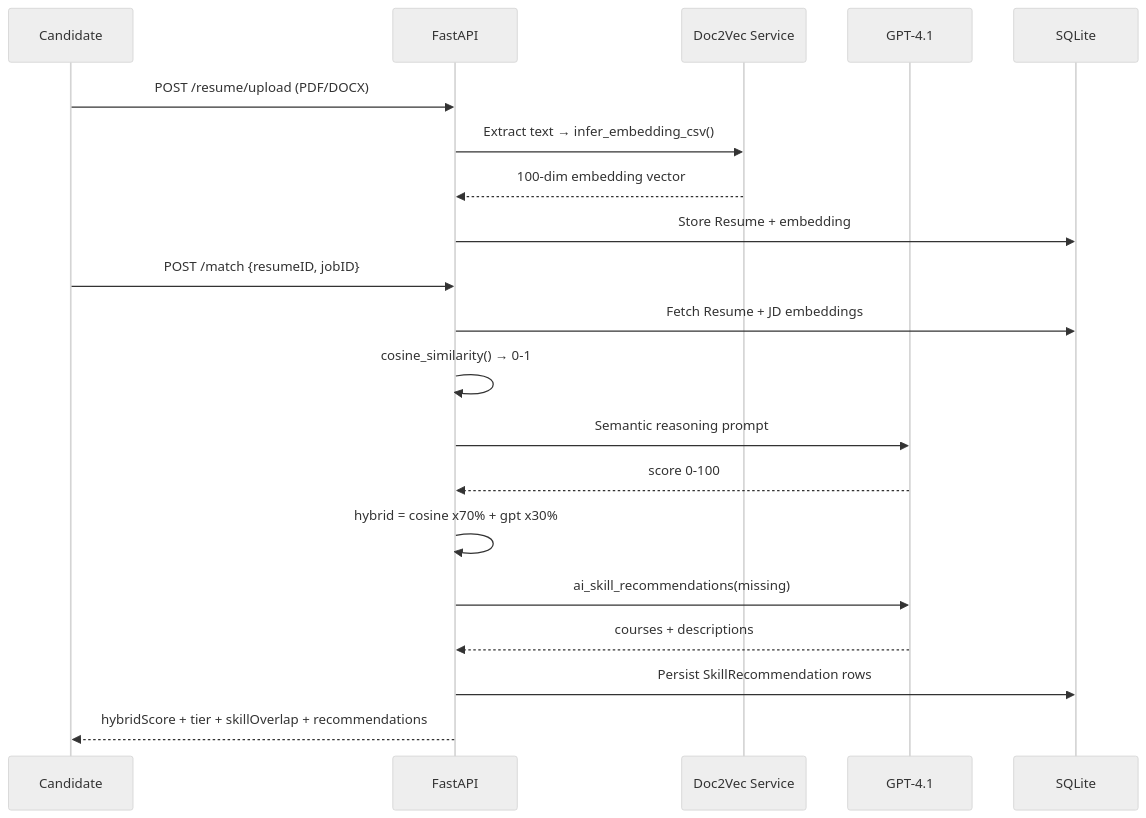
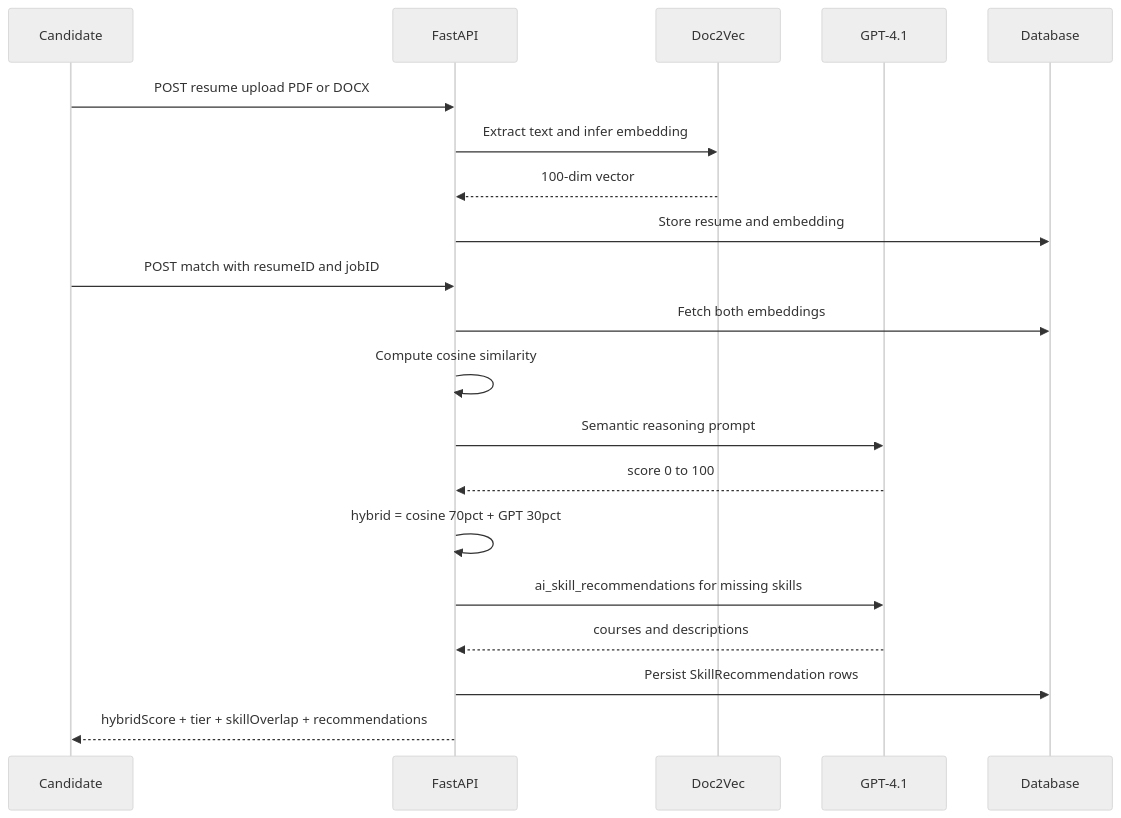
The second of 3 diagrams in README.md (Shreyyy07/Career-Connect-AI---Major-Project), drawn with Mermaid (neutral theme) before and after one commit. The commit also changed other lines of this file, not shown here.

````diff
--- a/README.md
+++ b/README.md
@@ -135,24 +120,24 @@
 ```mermaid
 sequenceDiagram
     participant C as Candidate
     participant API as FastAPI
-    participant D2V as Doc2Vec Service
+    participant D2V as Doc2Vec
     participant GPT as GPT-4.1
-    participant DB as SQLite
+    participant DB as Database
 
-    C->>API: POST /resume/upload (PDF/DOCX)
-    API->>D2V: Extract text → infer_embedding_csv()
-    D2V-->>API: 100-dim embedding vector
-    API->>DB: Store Resume + embedding
+    C->>API: POST resume upload PDF or DOCX
+    API->>D2V: Extract text and infer embedding
+    D2V-->>API: 100-dim vector
+    API->>DB: Store resume and embedding
 
-    C->>API: POST /match {resumeID, jobID}
-    API->>DB: Fetch Resume + JD embeddings
-    API->>API: cosine_similarity() → 0-1
+    C->>API: POST match with resumeID and jobID
+    API->>DB: Fetch both embeddings
+    API->>API: Compute cosine similarity
     API->>GPT: Semantic reasoning prompt
-    GPT-->>API: score 0-100
-    API->>API: hybrid = cosine x70% + gpt x30%
-    API->>GPT: ai_skill_recommendations(missing)
-    GPT-->>API: courses + descriptions
+    GPT-->>API: score 0 to 100
+    API->>API: hybrid = cosine 70pct + GPT 30pct
+    API->>GPT: ai_skill_recommendations for missing skills
+    GPT-->>API: courses and descriptions
     API->>DB: Persist SkillRecommendation rows
     API-->>C: hybridScore + tier + skillOverlap + recommendations
 ```
````
